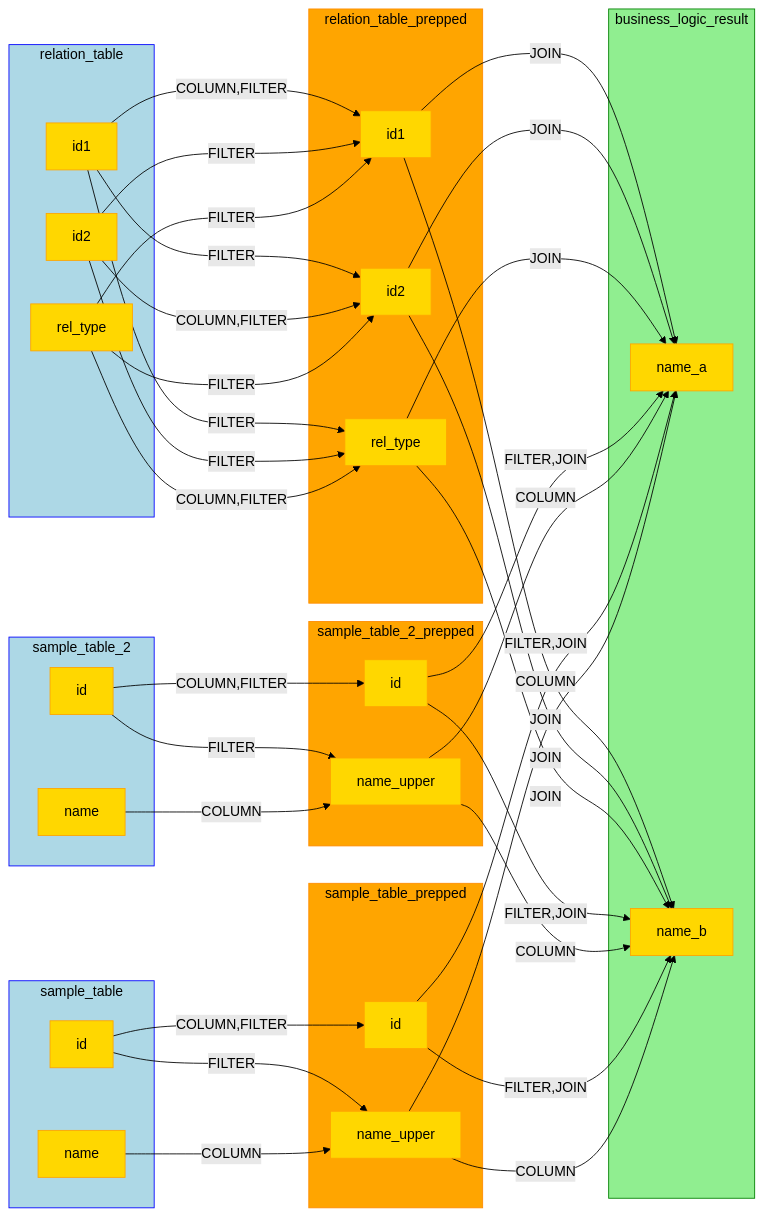
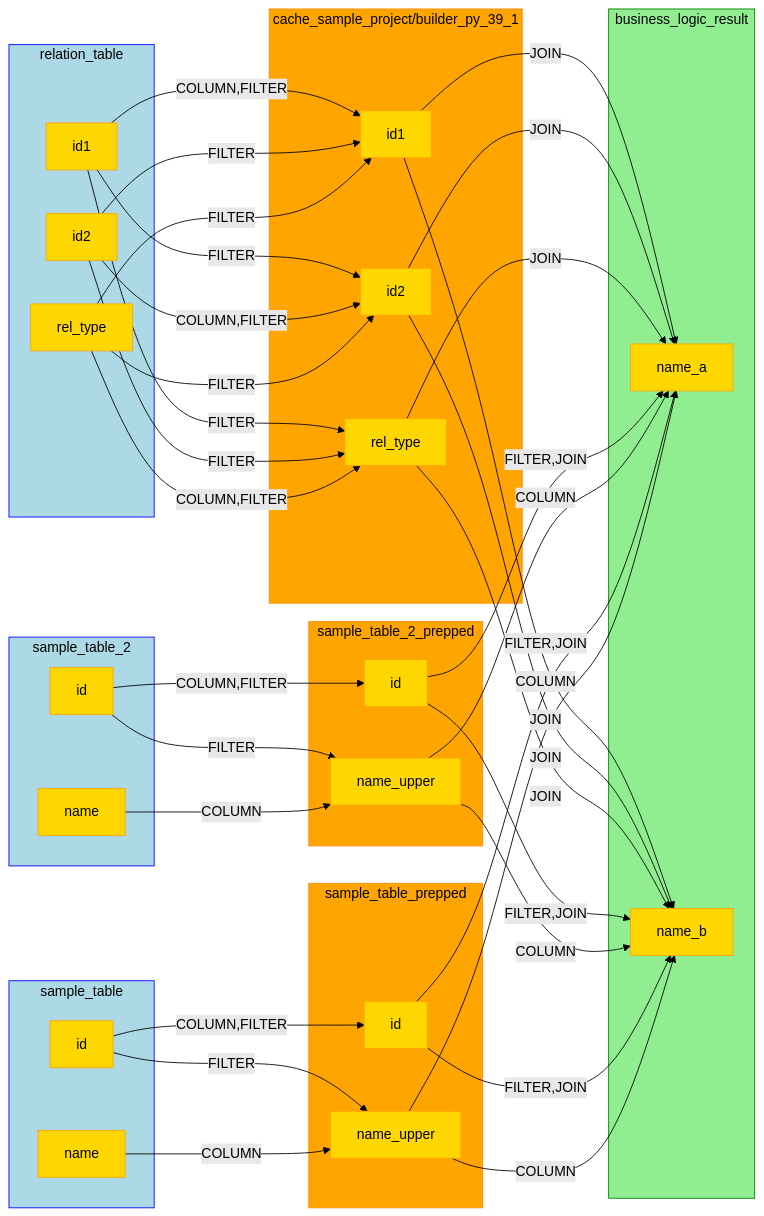
The diagram in sample_project/run/lineage/sample_project.mmd (NielkNetraam/explainalyzed), drawn with Mermaid (forest theme) before and after one commit. The commit also changed 10 other files, not shown here.

```diff
--- a/sample_project/run/lineage/sample_project.mmd
+++ b/sample_project/run/lineage/sample_project.mmd
@@ -1,81 +1,81 @@
 flowchart LR
     classDef SOURCE stroke:Blue,fill:LightBlue,color:black
     classDef TARGET stroke:Green,fill:LightGreen,color:black
     classDef INTERMEDIATE stroke:DarkOrange,fill:Orange,color:black
     classDef INTERNAL stroke:Purple,fill:Violet,color:black
     classDef FIELD stroke:Orange,fill:Gold,color:black
 
     relation_table:::SOURCE
     sample_table:::SOURCE
     sample_table_2:::SOURCE
-    relation_table_prepped:::INTERMEDIATE
+    cache_sample_project/builder_py_39_1:::INTERMEDIATE
     sample_table_2_prepped:::INTERMEDIATE
     sample_table_prepped:::INTERMEDIATE
     business_logic_result:::TARGET
 
     subgraph relation_table
         relation_table.id1[id1]:::FIELD
         relation_table.id2[id2]:::FIELD
         relation_table.rel_type[rel_type]:::FIELD
     end
 
     subgraph sample_table
         sample_table.id[id]:::FIELD
         sample_table.name[name]:::FIELD
     end
 
     subgraph sample_table_2
         sample_table_2.id[id]:::FIELD
         sample_table_2.name[name]:::FIELD
     end
 
-    subgraph relation_table_prepped
-        relation_table_prepped.id1[id1]:::FIELD
-        relation_table_prepped.id2[id2]:::FIELD
-        relation_table_prepped.rel_type[rel_type]:::FIELD
+    subgraph cache_sample_project/builder_py_39_1
+        cache_sample_project/builder_py_39_1.id1[id1]:::FIELD
+        cache_sample_project/builder_py_39_1.id2[id2]:::FIELD
+        cache_sample_project/builder_py_39_1.rel_type[rel_type]:::FIELD
     end
 
     subgraph sample_table_2_prepped
         sample_table_2_prepped.id[id]:::FIELD
         sample_table_2_prepped.name_upper[name_upper]:::FIELD
     end
 
     subgraph sample_table_prepped
         sample_table_prepped.id[id]:::FIELD
         sample_table_prepped.name_upper[name_upper]:::FIELD
     end
 
     subgraph business_logic_result
         business_logic_result.name_a[name_a]:::FIELD
         business_logic_result.name_b[name_b]:::FIELD
     end
 
-    relation_table.id1 -- COLUMN,FILTER --> relation_table_prepped.id1
-    relation_table.id1 -- FILTER --> relation_table_prepped.id2
-    relation_table.id1 -- FILTER --> relation_table_prepped.rel_type
-    relation_table.id2 -- FILTER --> relation_table_prepped.id1
-    relation_table.id2 -- COLUMN,FILTER --> relation_table_prepped.id2
-    relation_table.id2 -- FILTER --> relation_table_prepped.rel_type
-    relation_table.rel_type -- FILTER --> relation_table_prepped.id1
-    relation_table.rel_type -- FILTER --> relation_table_prepped.id2
-    relation_table.rel_type -- COLUMN,FILTER --> relation_table_prepped.rel_type
-    relation_table_prepped.id1 -- JOIN --> business_logic_result.name_a
-    relation_table_prepped.id1 -- JOIN --> business_logic_result.name_b
-    relation_table_prepped.id2 -- JOIN --> business_logic_result.name_a
-    relation_table_prepped.id2 -- JOIN --> business_logic_result.name_b
-    relation_table_prepped.rel_type -- JOIN --> business_logic_result.name_a
-    relation_table_prepped.rel_type -- JOIN --> business_logic_result.name_b
+    cache_sample_project/builder_py_39_1.id1 -- JOIN --> business_logic_result.name_a
+    cache_sample_project/builder_py_39_1.id1 -- JOIN --> business_logic_result.name_b
+    cache_sample_project/builder_py_39_1.id2 -- JOIN --> business_logic_result.name_a
+    cache_sample_project/builder_py_39_1.id2 -- JOIN --> business_logic_result.name_b
+    cache_sample_project/builder_py_39_1.rel_type -- JOIN --> business_logic_result.name_a
+    cache_sample_project/builder_py_39_1.rel_type -- JOIN --> business_logic_result.name_b
+    relation_table.id1 -- COLUMN,FILTER --> cache_sample_project/builder_py_39_1.id1
+    relation_table.id1 -- FILTER --> cache_sample_project/builder_py_39_1.id2
+    relation_table.id1 -- FILTER --> cache_sample_project/builder_py_39_1.rel_type
+    relation_table.id2 -- FILTER --> cache_sample_project/builder_py_39_1.id1
+    relation_table.id2 -- COLUMN,FILTER --> cache_sample_project/builder_py_39_1.id2
+    relation_table.id2 -- FILTER --> cache_sample_project/builder_py_39_1.rel_type
+    relation_table.rel_type -- FILTER --> cache_sample_project/builder_py_39_1.id1
+    relation_table.rel_type -- FILTER --> cache_sample_project/builder_py_39_1.id2
+    relation_table.rel_type -- COLUMN,FILTER --> cache_sample_project/builder_py_39_1.rel_type
     sample_table.id -- COLUMN,FILTER --> sample_table_prepped.id
     sample_table.id -- FILTER --> sample_table_prepped.name_upper
     sample_table.name -- COLUMN --> sample_table_prepped.name_upper
     sample_table_2.id -- COLUMN,FILTER --> sample_table_2_prepped.id
     sample_table_2.id -- FILTER --> sample_table_2_prepped.name_upper
     sample_table_2.name -- COLUMN --> sample_table_2_prepped.name_upper
     sample_table_2_prepped.id -- FILTER,JOIN --> business_logic_result.name_a
     sample_table_2_prepped.id -- FILTER,JOIN --> business_logic_result.name_b
     sample_table_2_prepped.name_upper -- COLUMN --> business_logic_result.name_a
     sample_table_2_prepped.name_upper -- COLUMN --> business_logic_result.name_b
     sample_table_prepped.id -- FILTER,JOIN --> business_logic_result.name_a
     sample_table_prepped.id -- FILTER,JOIN --> business_logic_result.name_b
     sample_table_prepped.name_upper -- COLUMN --> business_logic_result.name_a
     sample_table_prepped.name_upper -- COLUMN --> business_logic_result.name_b
```
